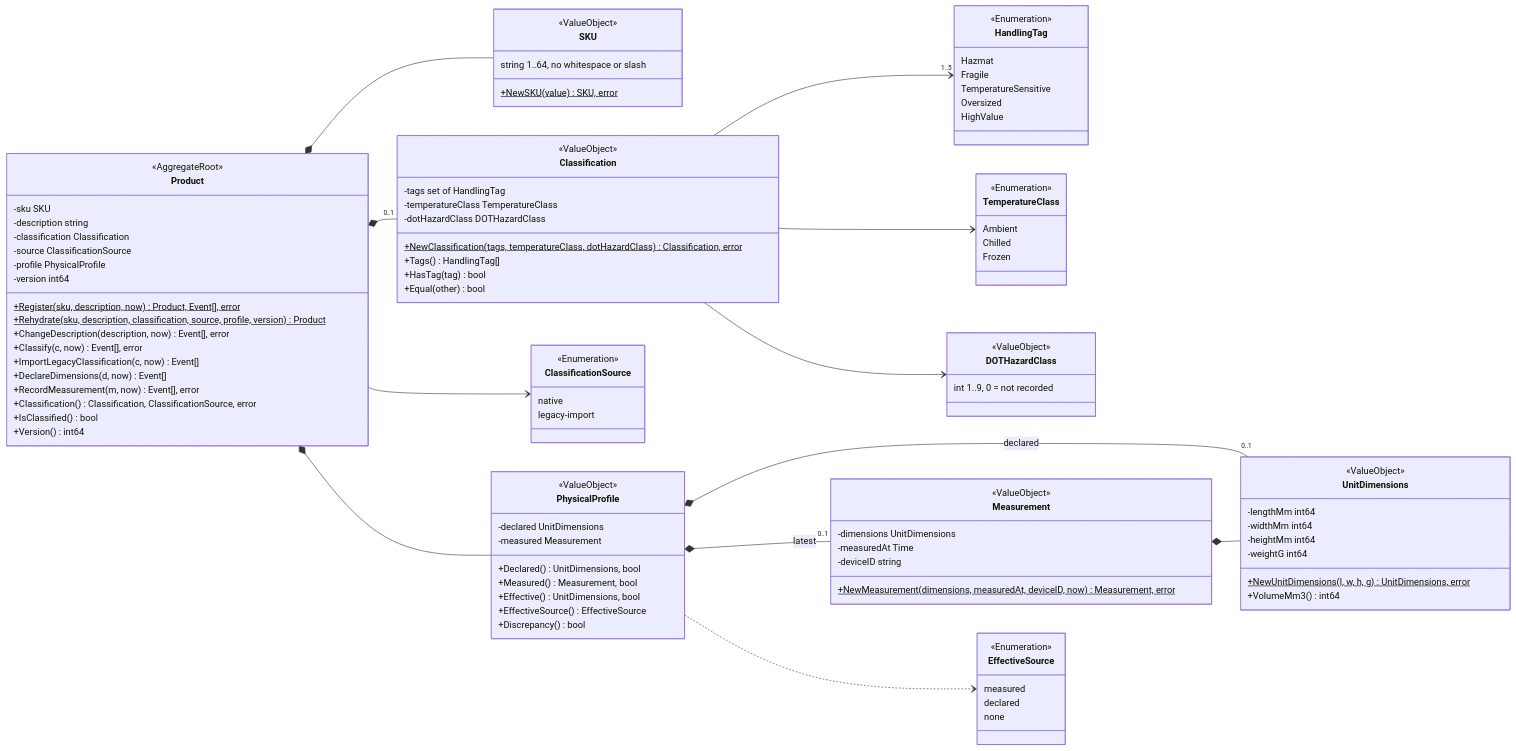
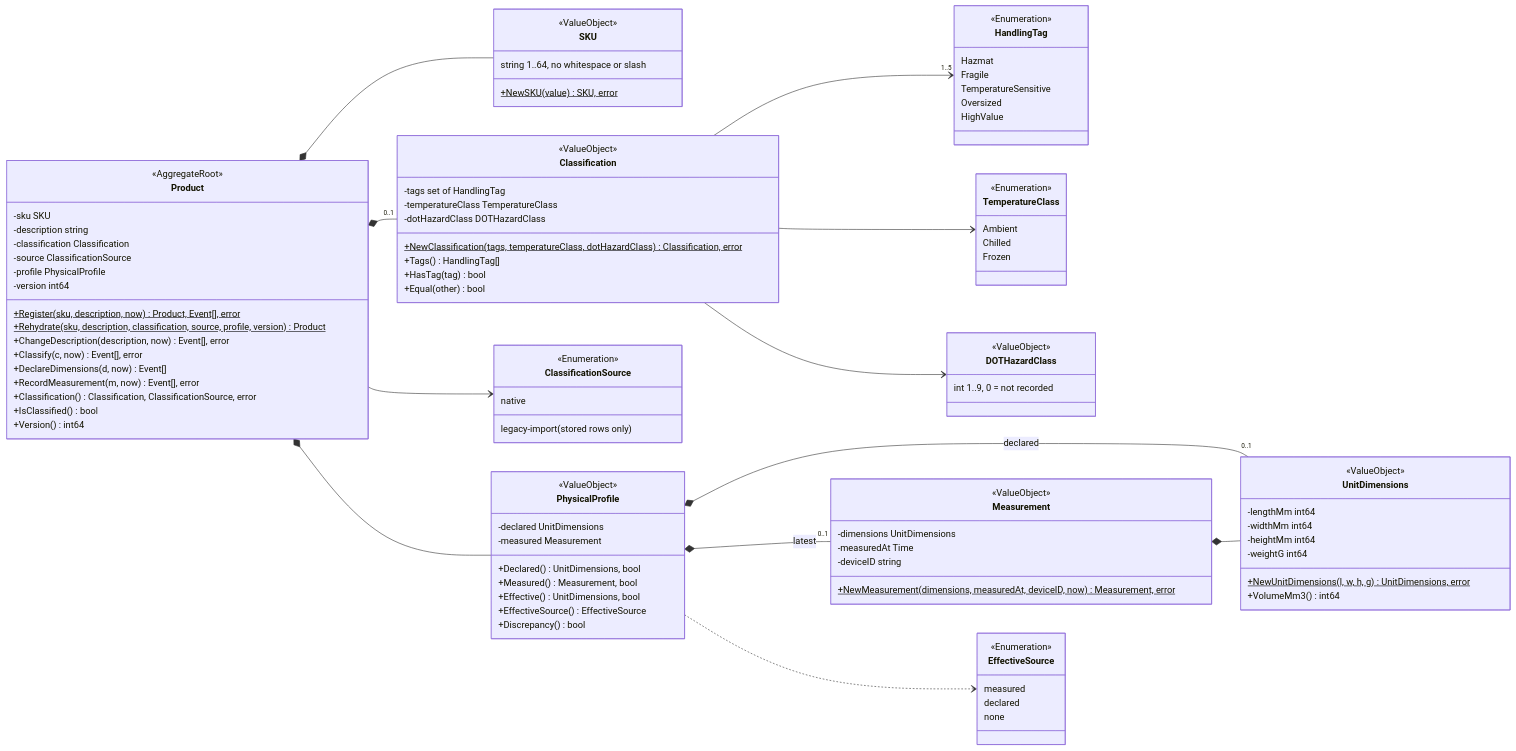
The first of 4 diagrams in docs/docs/ddd/class-diagram.md (IQVO/product-master), drawn with Mermaid before and after one commit. The commit also changed other lines of this file and 13 other files, not shown here.

```diff
--- a/docs/docs/ddd/class-diagram.md
+++ b/docs/docs/ddd/class-diagram.md
@@ -32,7 +32,6 @@
     +Rehydrate(sku, description, classification, source, profile, version)$ Product
     +ChangeDescription(description, now) Event[], error
     +Classify(c, now) Event[], error
-    +ImportLegacyClassification(c, now) Event[]
     +DeclareDimensions(d, now) Event[]
     +RecordMeasurement(m, now) Event[], error
     +Classification() Classification, ClassificationSource, error
@@ -92,7 +91,7 @@
   class ClassificationSource {
     <<Enumeration>>
     native
-    legacy-import
+    legacy-import (stored rows only)
   }
   class EffectiveSource {
     <<Enumeration>>
```
